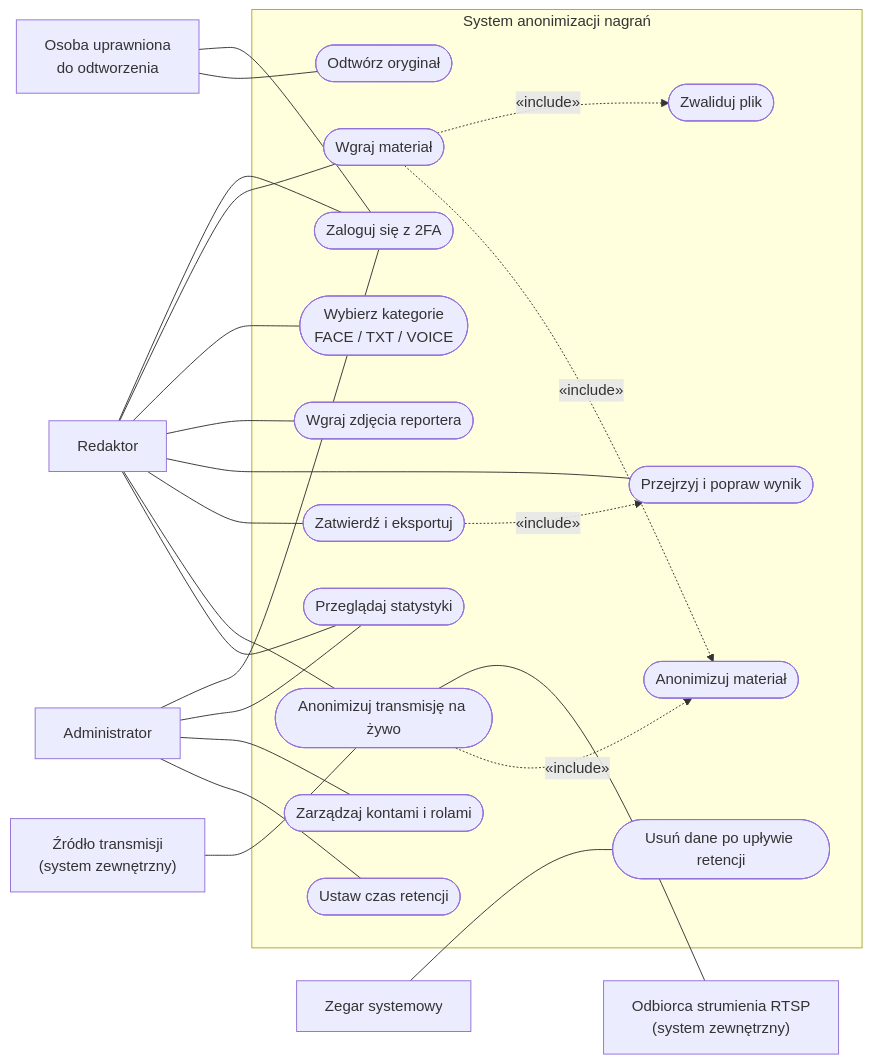
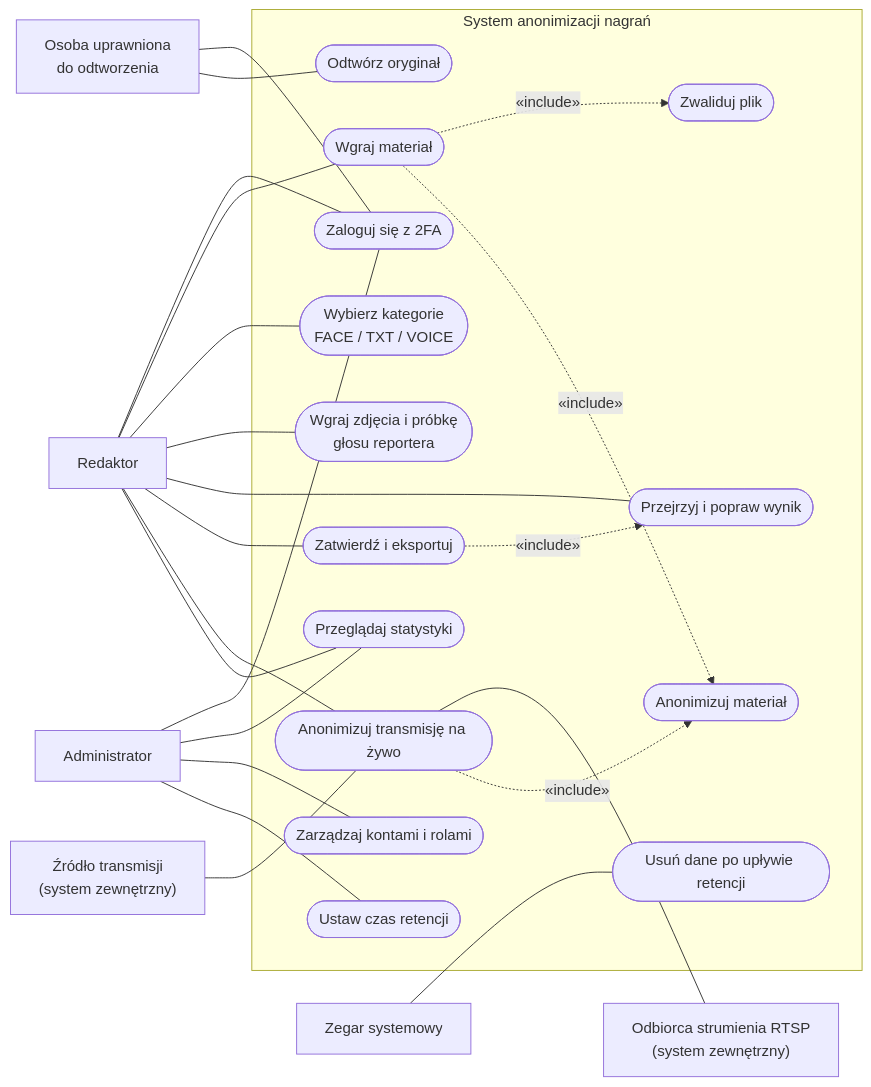
One commit to Woneruz/IO_Projekt changed the first of 4 diagrams in docs/DIW.md. Above: the diagram before and after it, drawn with Mermaid. The commit also changed other lines of this file, not shown here.

Commit message:
Profil glosu reportera, transmisja na zywo w pelni automatyczna

````diff
--- a/docs/DIW.md
+++ b/docs/DIW.md
@@ -370,49 +373,49 @@
 ```mermaid
 flowchart LR
     RED["Redaktor"]
     OSU["Osoba uprawniona<br/>do odtworzenia"]
     ADM["Administrator"]
     ZRT["Źródło transmisji<br/>(system zewnętrzny)"]
     ODB["Odbiorca strumienia RTSP<br/>(system zewnętrzny)"]
     ZEG["Zegar systemowy"]
 
     subgraph SYS["System anonimizacji nagrań"]
         UC1(["Zaloguj się z 2FA"])
         UC2(["Wgraj materiał"])
         UC3(["Zwaliduj plik"])
         UC4(["Wybierz kategorie<br/>FACE / TXT / VOICE"])
-        UC5(["Wgraj zdjęcia reportera"])
+        UC5(["Wgraj zdjęcia i próbkę<br/>głosu reportera"])
         UC6(["Anonimizuj materiał"])
         UC7(["Przejrzyj i popraw wynik"])
         UC8(["Zatwierdź i eksportuj"])
         UC9(["Anonimizuj transmisję na żywo"])
         UC10(["Przeglądaj statystyki"])
         UC11(["Odtwórz oryginał"])
         UC12(["Zarządzaj kontami i rolami"])
         UC13(["Ustaw czas retencji"])
         UC14(["Usuń dane po upływie retencji"])
     end
 
     RED --- UC1
     RED --- UC2
     RED --- UC4
     RED --- UC5
     RED --- UC7
     RED --- UC8
     RED --- UC9
     RED --- UC10
     OSU --- UC1
     OSU --- UC11
     ADM --- UC1
     ADM --- UC10
     ADM --- UC12
     ADM --- UC13
     ZRT --- UC9
     UC9 --- ODB
     ZEG --- UC14
 
     UC2 -.->|"«include»"| UC3
     UC2 -.->|"«include»"| UC6
     UC9 -.->|"«include»"| UC6
     UC8 -.->|"«include»"| UC7
 ```
````
